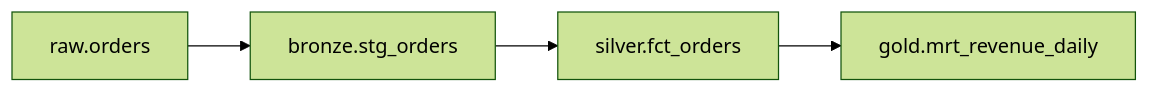
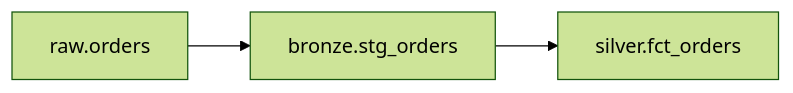
The diagram in docs/blog/data-engineering-fundamentals/06-transformations-with-dbt.md (iamgp/phlo), drawn with Mermaid (forest theme) before and after one commit. The commit also changed other lines of this file and 23 other files, not shown here.

````diff
--- a/docs/blog/data-engineering-fundamentals/06-transformations-with-dbt.md
+++ b/docs/blog/data-engineering-fundamentals/06-transformations-with-dbt.md
@@ -28,6 +27,5 @@
 ```mermaid
 graph LR
     A[raw.orders] --> B[bronze.stg_orders]
     B --> C[silver.fct_orders]
-    C --> D[gold.mrt_revenue_daily]
 ```
````
